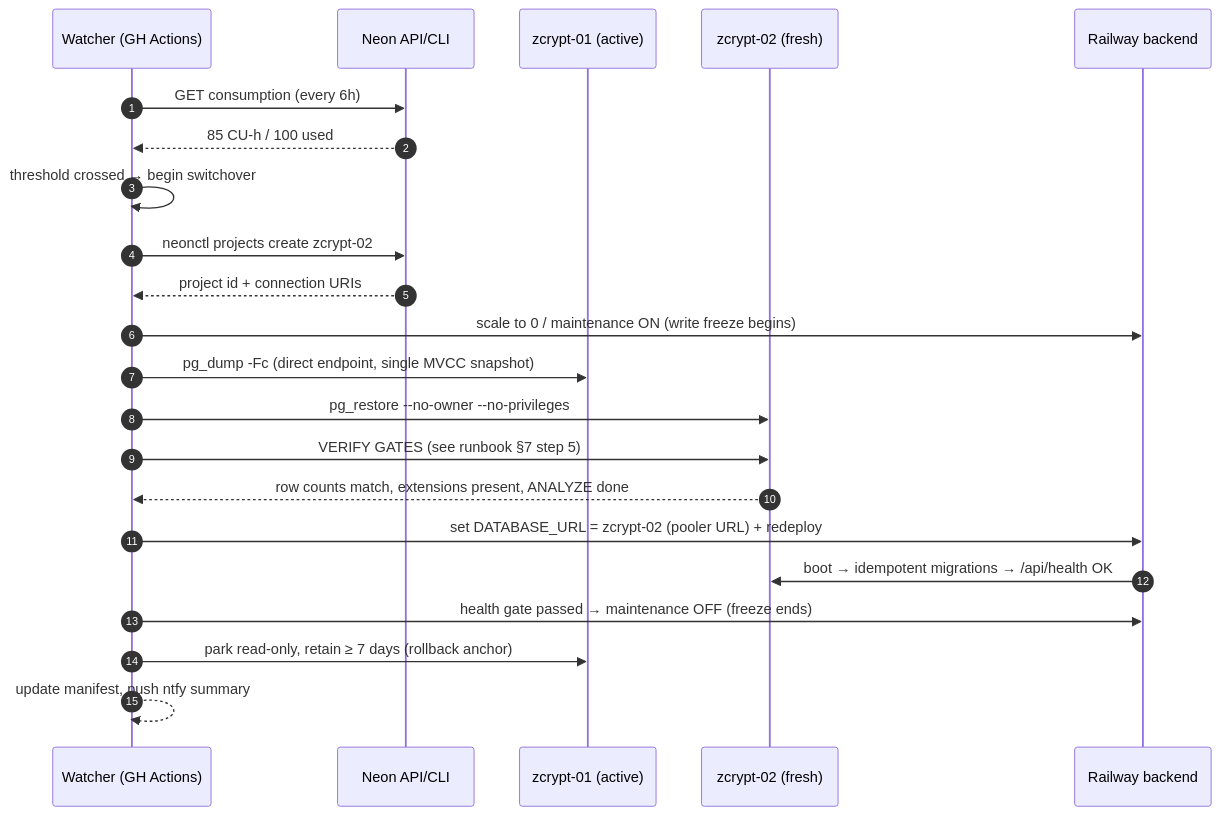
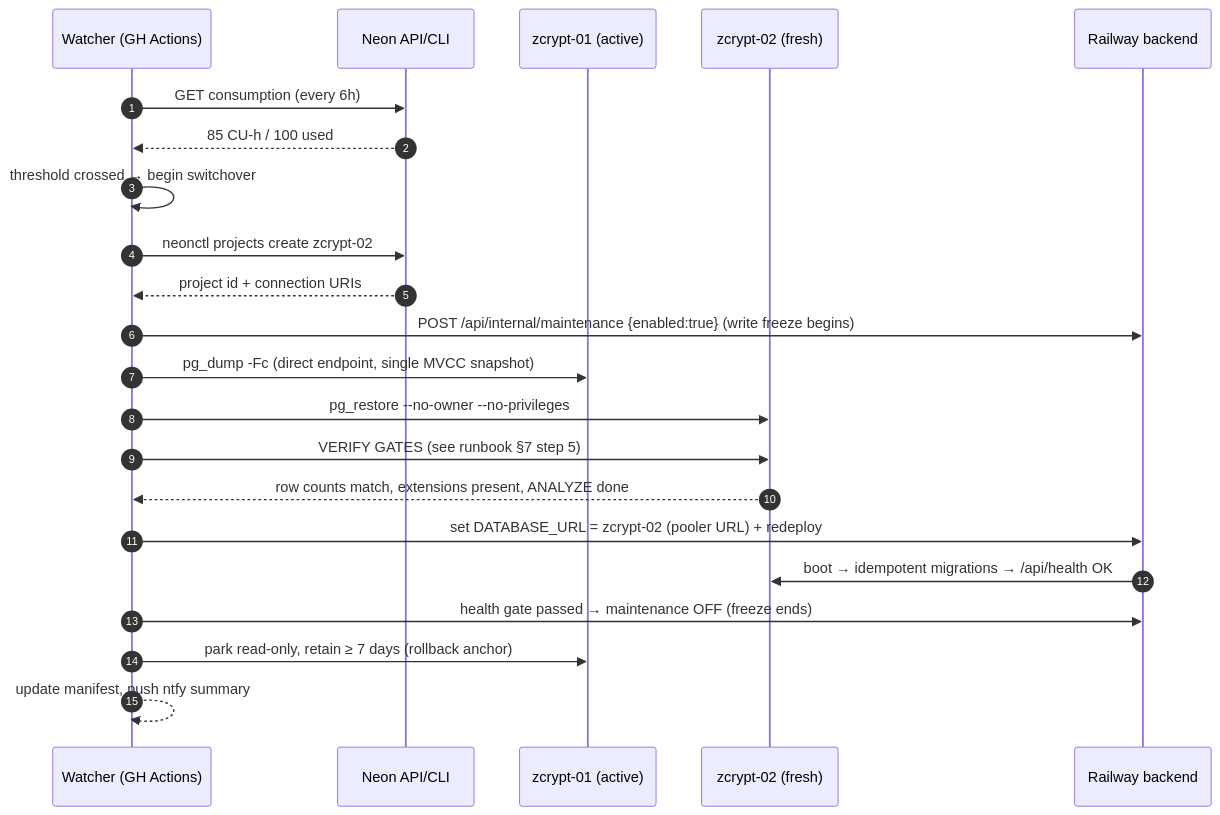
The fourth of 6 diagrams in docs/DB_SCALING_100_PROJECTS.md (Wosmos/zcrypt), drawn with Mermaid before and after one commit. The commit also changed other lines of this file and 4 other files, not shown here.

````diff
--- a/docs/DB_SCALING_100_PROJECTS.md
+++ b/docs/DB_SCALING_100_PROJECTS.md
@@ -387,25 +403,25 @@
 ```mermaid
 sequenceDiagram
     autonumber
     participant W as Watcher (GH Actions)
     participant N as Neon API/CLI
     participant OLD as zcrypt-01 (active)
     participant NEW as zcrypt-02 (fresh)
     participant R as Railway backend
 
     W->>N: GET consumption (every 6h)
     N-->>W: 85 CU-h / 100 used
     W->>W: threshold crossed → begin switchover
     W->>N: neonctl projects create zcrypt-02
     N-->>W: project id + connection URIs
-    W->>R: scale to 0 / maintenance ON (write freeze begins)
+    W->>R: POST /api/internal/maintenance {enabled:true} (write freeze begins)
     W->>OLD: pg_dump -Fc (direct endpoint, single MVCC snapshot)
     W->>NEW: pg_restore --no-owner --no-privileges
     W->>NEW: VERIFY GATES (see runbook §7 step 5)
     NEW-->>W: row counts match, extensions present, ANALYZE done
     W->>R: set DATABASE_URL = zcrypt-02 (pooler URL) + redeploy
     R->>NEW: boot → idempotent migrations → /api/health OK
     W->>R: health gate passed → maintenance OFF (freeze ends)
     W->>OLD: park read-only, retain ≥ 7 days (rollback anchor)
     W-->>W: update manifest, push ntfy summary
 ```
````
